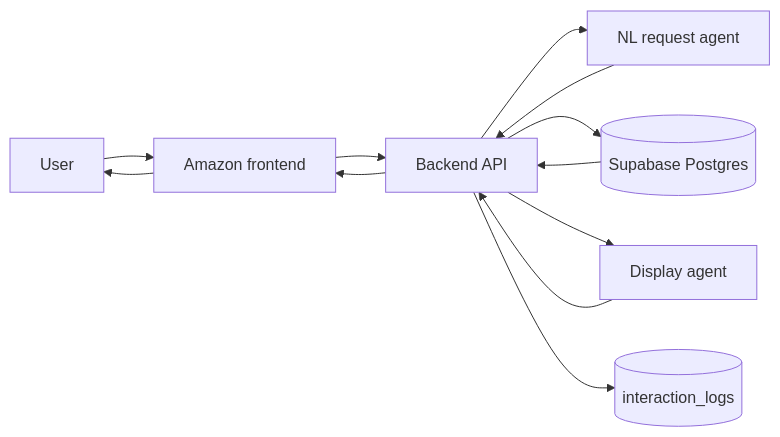
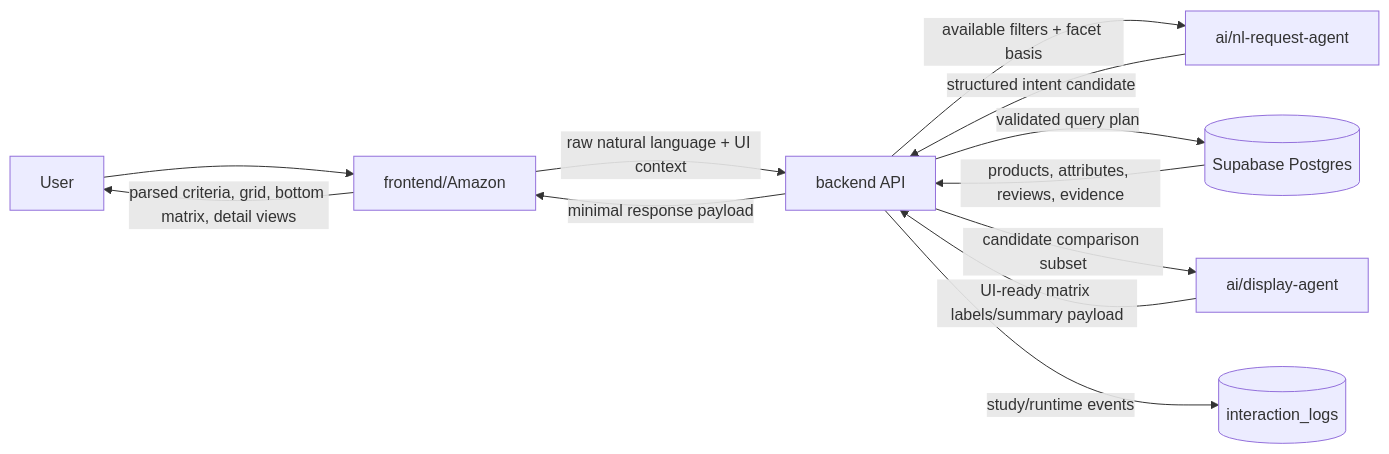
The first of 4 diagrams in docs/SERVICE_DATA_FLOW.md (YJ-Jang01/HAI), drawn with Mermaid before and after one commit. The commit also changed other lines of this file and 146 other files, not shown here.

````diff
--- a/docs/SERVICE_DATA_FLOW.md
+++ b/docs/SERVICE_DATA_FLOW.md
@@ -19,22 +19,19 @@
 ```mermaid
 flowchart LR
-  User["User"]
-  FE["Amazon frontend"]
-  BE["Backend API"]
-  NL["NL request agent"]
-  DB[("Supabase Postgres")]
-  DA["Display agent"]
-  Logs[("interaction_logs")]
+  User[User] --> FE[frontend/Amazon]
 
-  User --> FE
-  FE --> BE
-  BE --> NL
-  NL --> BE
-  BE --> DB
-  DB --> BE
-  BE --> DA
-  DA --> BE
-  BE --> FE
-  FE --> User
-  BE --> Logs
+  FE -->|raw natural language + UI context| BE[backend API]
+  BE -->|available filters + facet basis| NL[ai/nl-request-agent]
+  NL -->|structured intent candidate| BE
+
+  BE -->|validated query plan| DB[(Supabase Postgres)]
+  DB -->|products, attributes, reviews, evidence| BE
+
+  BE -->|candidate comparison subset| DA[ai/display-agent]
+  DA -->|UI-ready matrix labels/summary payload| BE
+
+  BE -->|minimal response payload| FE
+  FE -->|parsed criteria, grid, bottom matrix, detail views| User
+
+  BE -->|study/runtime events| Logs[(interaction_logs)]
 ```
````
